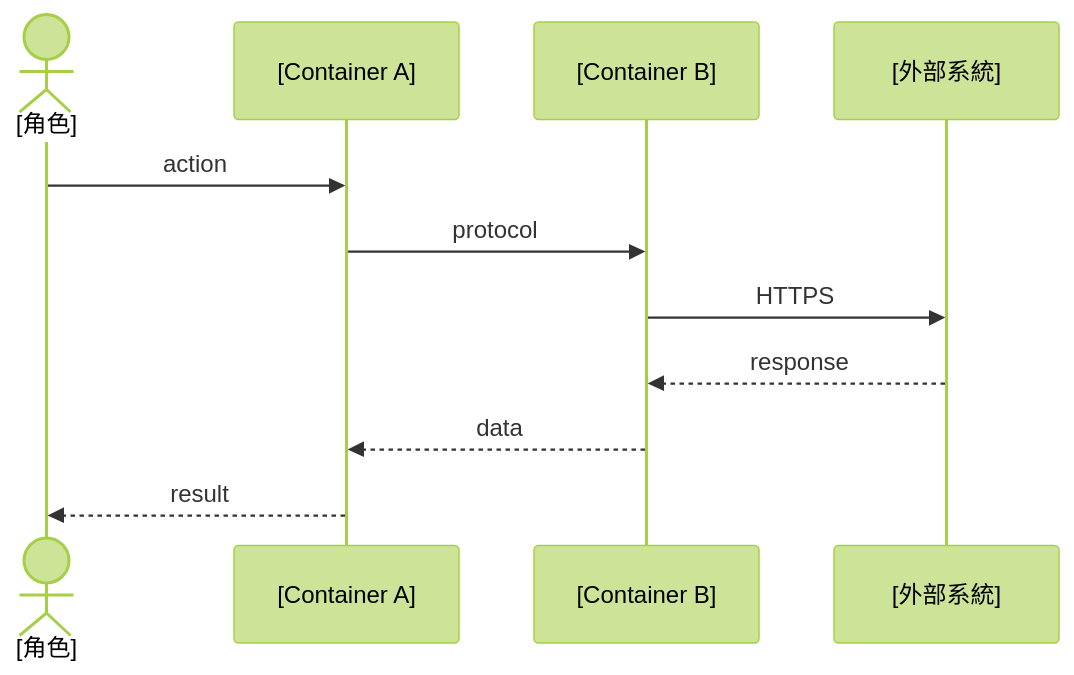
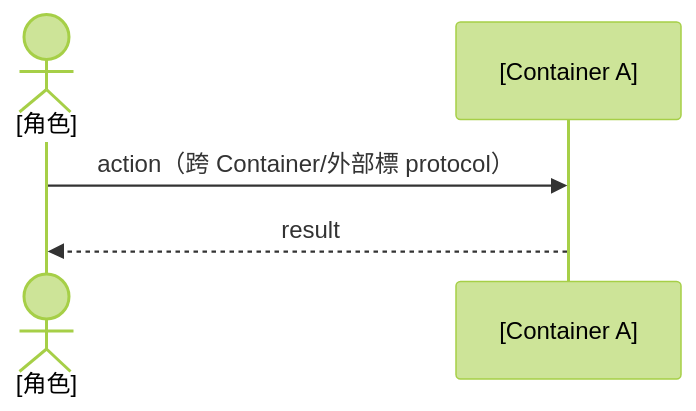
One commit to Zenobia000/claude-Godzilla-z changed the fourth of 6 diagrams in VibeCoding_Workflow_Templates/03_architecture/sad.md. Above: the diagram before and after it, drawn with Mermaid (forest theme). The commit also changed other lines of this file and 22 other files, not shown here.

````diff
--- a/VibeCoding_Workflow_Templates/03_architecture/sad.md
+++ b/VibeCoding_Workflow_Templates/03_architecture/sad.md
@@ -336,14 +128,7 @@
 ```mermaid
 sequenceDiagram
     actor User as [角色]
     participant A as [Container A]
-    participant B as [Container B]
-    participant Ext as [外部系統]
-
-    User->>A: action
-    A->>B: protocol
-    B->>Ext: HTTPS
-    Ext-->>B: response
-    B-->>A: data
+    User->>A: action（跨 Container/外部標 protocol）
     A-->>User: result
 ```
````
